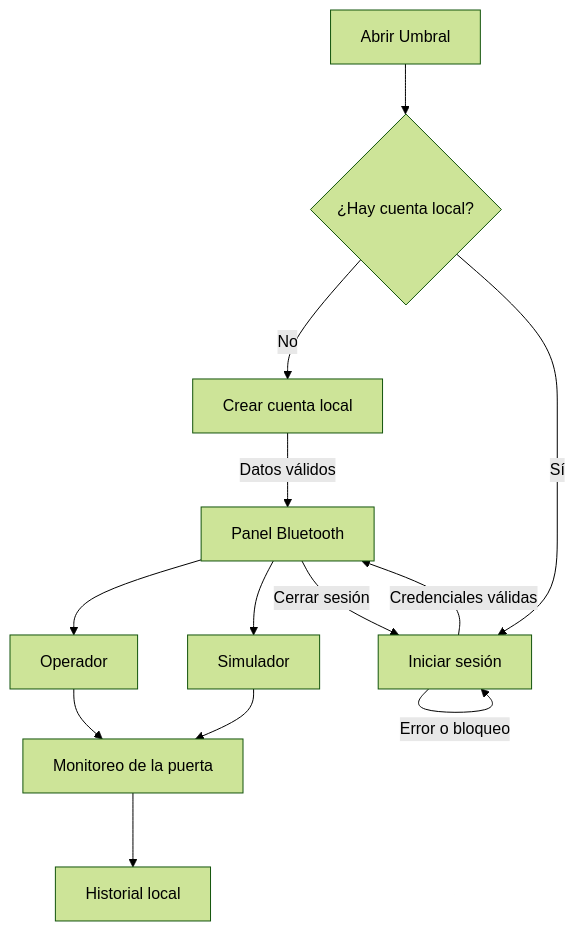
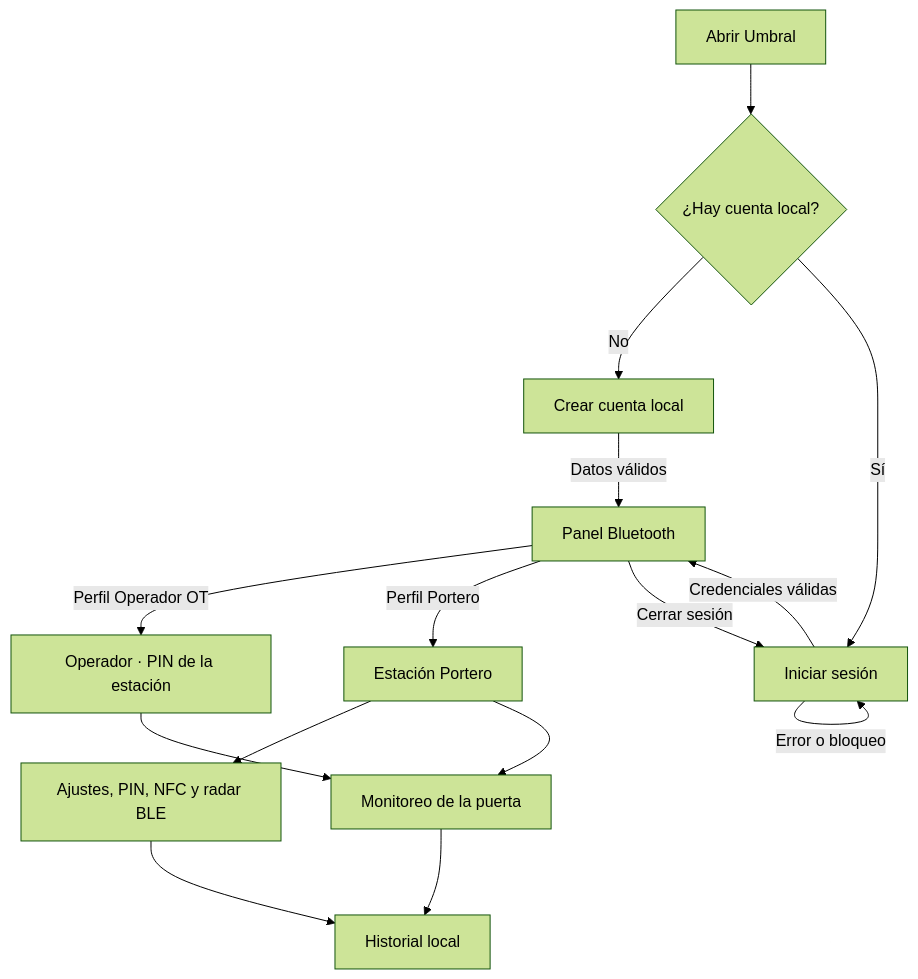
One commit to MarceloDh/Umbral changed the diagram in docs/mockup.md. Above: the diagram before and after it, drawn with Mermaid (forest theme). The commit also changed other lines of this file and 89 other files, not shown here.

````diff
--- a/docs/mockup.md
+++ b/docs/mockup.md
@@ -5,15 +5,17 @@
 ```mermaid
 flowchart TD
     Inicio["Abrir Umbral"] --> Cuenta{"¿Hay cuenta local?"}
     Cuenta -->|No| Registro["Crear cuenta local"]
     Cuenta -->|Sí| Login["Iniciar sesión"]
     Registro -->|Datos válidos| Panel["Panel Bluetooth"]
     Login -->|Credenciales válidas| Panel
     Login -->|Error o bloqueo| Login
-    Panel --> Operador["Operador"]
-    Panel --> Simulador["Simulador"]
+    Panel -->|Perfil Operador OT| Operador["Operador · PIN de la estación"]
+    Panel -->|Perfil Portero| Simulador["Estación Portero"]
+    Simulador --> Herramientas["Ajustes, PIN, NFC y radar BLE"]
+    Herramientas --> Historial
     Operador --> Monitoreo["Monitoreo de la puerta"]
     Simulador --> Monitoreo
     Monitoreo --> Historial["Historial local"]
     Panel -->|Cerrar sesión| Login
 ```
````
